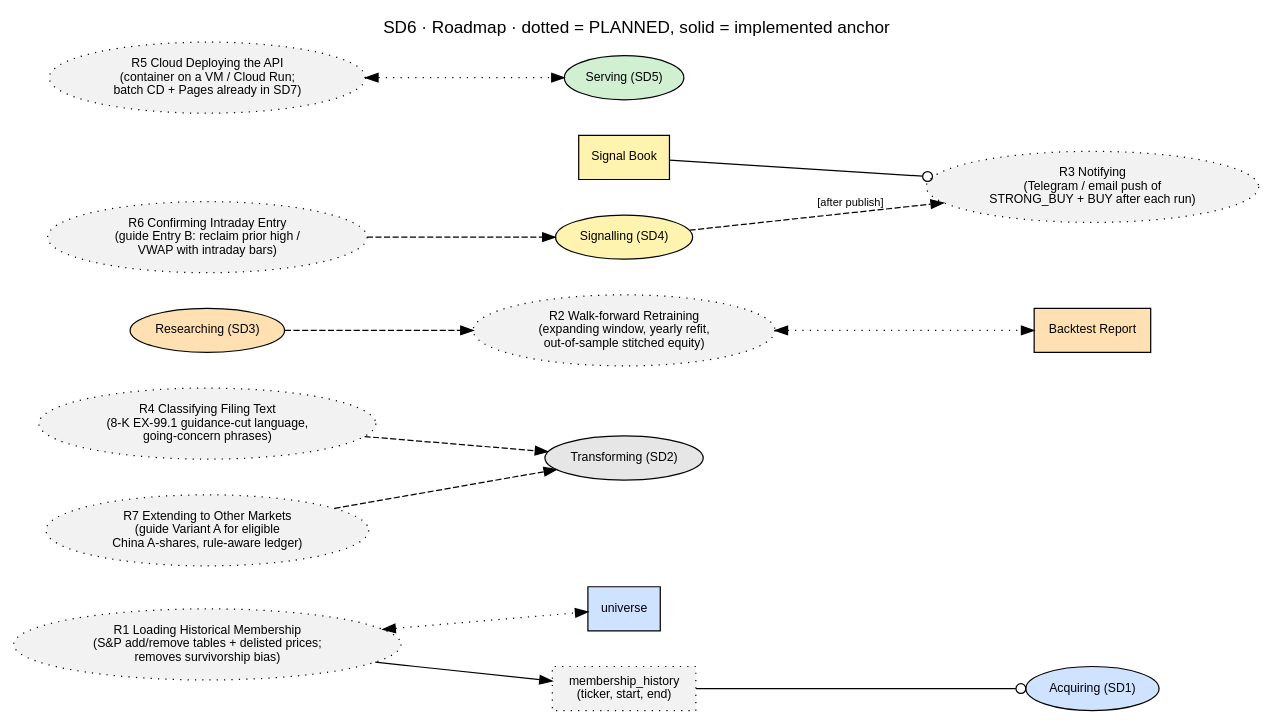
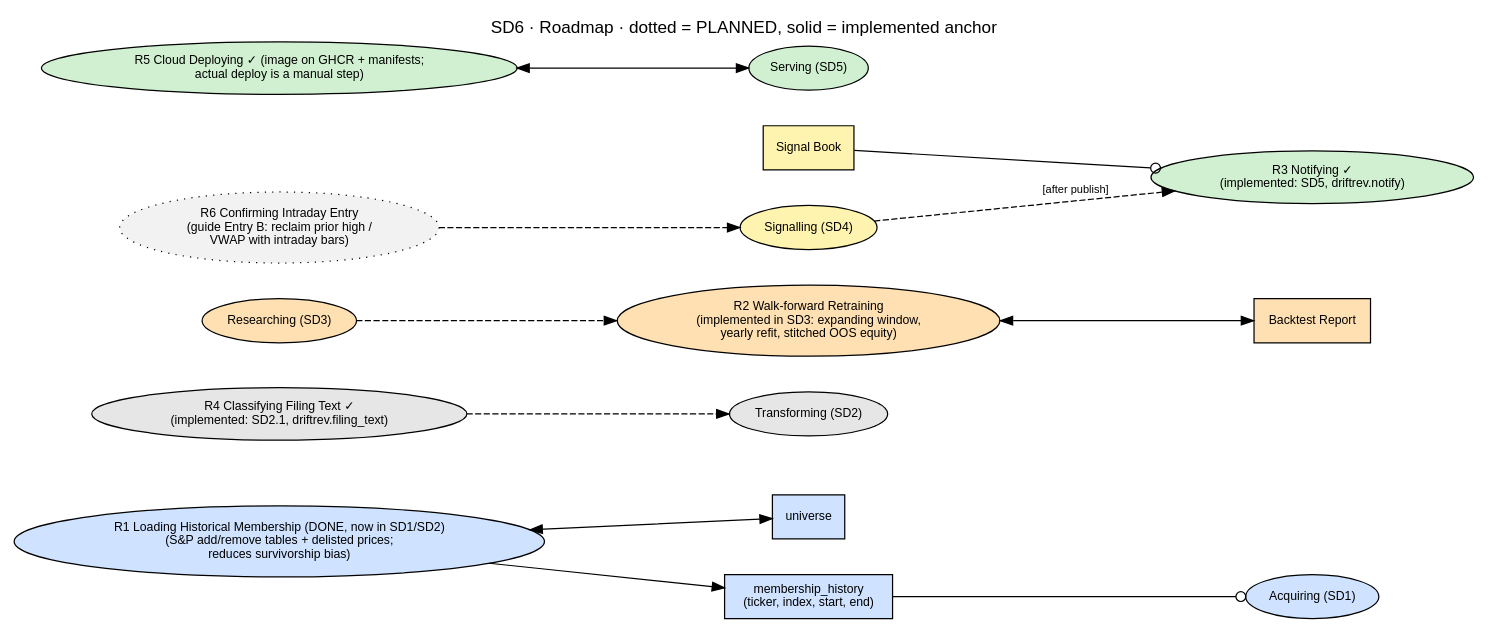
One commit to witold-andelie/stock_analysis_wentao changed the diagram in project/docs/architecture/opm/SD6_roadmap.dot. Above: the diagram before and after it, drawn with Graphviz. The commit also changed 85 other files, not shown here.

First line of the commit message:
Final project v2: point-in-time universe, audited research, filing text, CI/CD

```diff
--- a/project/docs/architecture/opm/SD6_roadmap.dot
+++ b/project/docs/architecture/opm/SD6_roadmap.dot
@@ -1,36 +1,34 @@
 // SD6 · Roadmap: PLANNED processes (dotted) and where they attach to the implemented model.
 // Rule: a planned thing becomes solid only when its code, test and OPL sentence land together.
 digraph SD6 {
   graph [rankdir=LR, fontname="Helvetica", fontsize=14, labelloc=t, nodesep=0.4, ranksep=0.8,
          label="SD6 · Roadmap · dotted = PLANNED, solid = implemented anchor"];
   node  [fontname="Helvetica", fontsize=10, style=filled, fillcolor="#e6e6e6"];
   edge  [fontname="Helvetica", fontsize=9];
 
   // implemented anchors
   acquiring    [shape=ellipse, fillcolor="#cfe2ff", label="Acquiring (SD1)"];
   transforming [shape=ellipse, label="Transforming (SD2)"];
   researching  [shape=ellipse, fillcolor="#ffe0b3", label="Researching (SD3)"];
   signalling   [shape=ellipse, fillcolor="#fff3b0", label="Signalling (SD4)"];
   serving      [shape=ellipse, fillcolor="#d1f0d1", label="Serving (SD5)"];
   universe     [shape=box, fillcolor="#cfe2ff", label="universe"];
   report       [shape=box, fillcolor="#ffe0b3", label="Backtest Report"];
   book         [shape=box, fillcolor="#fff3b0", label="Signal Book"];
 
   // planned things
-  r1 [shape=ellipse, style="filled,dotted", fillcolor="#f2f2f2", label="R1 Loading Historical Membership\n(S&P add/remove tables + delisted prices;\nremoves survivorship bias)"];
-  r1o [shape=box, style="filled,dotted", fillcolor="#f2f2f2", label="membership_history\n(ticker, start, end)"];
-  r2 [shape=ellipse, style="filled,dotted", fillcolor="#f2f2f2", label="R2 Walk-forward Retraining\n(expanding window, yearly refit,\nout-of-sample stitched equity)"];
-  r3 [shape=ellipse, style="filled,dotted", fillcolor="#f2f2f2", label="R3 Notifying\n(Telegram / email push of\nSTRONG_BUY + BUY after each run)"];
-  r4 [shape=ellipse, style="filled,dotted", fillcolor="#f2f2f2", label="R4 Classifying Filing Text\n(8-K EX-99.1 guidance-cut language,\ngoing-concern phrases)"];
-  r5 [shape=ellipse, style="filled,dotted", fillcolor="#f2f2f2", label="R5 Cloud Deploying the API\n(container on a VM / Cloud Run;\nbatch CD + Pages already in SD7)"];
+  r1 [shape=ellipse, fillcolor="#cfe2ff", label="R1 Loading Historical Membership (DONE, now in SD1/SD2)\n(S&P add/remove tables + delisted prices;\nreduces survivorship bias)"];
+  r1o [shape=box, fillcolor="#cfe2ff", label="membership_history\n(ticker, index, start, end)"];
+  r2 [shape=ellipse, style="filled", fillcolor="#ffe0b3", label="R2 Walk-forward Retraining\n(implemented in SD3: expanding window,\nyearly refit, stitched OOS equity)"];
+  r3 [shape=ellipse, fillcolor="#d1f0d1", label="R3 Notifying ✓\n(implemented: SD5, driftrev.notify)"];
+  r4 [shape=ellipse, fillcolor="#e6e6e6", label="R4 Classifying Filing Text ✓\n(implemented: SD2.1, driftrev.filing_text)"];
+  r5 [shape=ellipse, fillcolor="#d1f0d1", label="R5 Cloud Deploying ✓ (image on GHCR + manifests;\nactual deploy is a manual step)"];
   r6 [shape=ellipse, style="filled,dotted", fillcolor="#f2f2f2", label="R6 Confirming Intraday Entry\n(guide Entry B: reclaim prior high /\nVWAP with intraday bars)"];
-  r7 [shape=ellipse, style="filled,dotted", fillcolor="#f2f2f2", label="R7 Extending to Other Markets\n(guide Variant A for eligible\nChina A-shares, rule-aware ledger)"];
 
-  r1 -> r1o; r1o -> acquiring [arrowhead=odot]; r1 -> universe [dir=both, style=dotted];
-  researching -> r2 [style=dashed]; r2 -> report [dir=both, style=dotted];
+  r1 -> r1o; r1o -> acquiring [arrowhead=odot]; r1 -> universe [dir=both];
+  researching -> r2 [style=dashed]; r2 -> report [dir=both];
   signalling -> r3 [style=dashed, label="[after publish]"]; book -> r3 [arrowhead=odot];
   r4 -> transforming [style=dashed];
-  r5 -> serving [style=dotted, dir=both];
+  r5 -> serving [dir=both];
   r6 -> signalling [style=dashed];
-  r7 -> transforming [style=dashed];
 }
```
